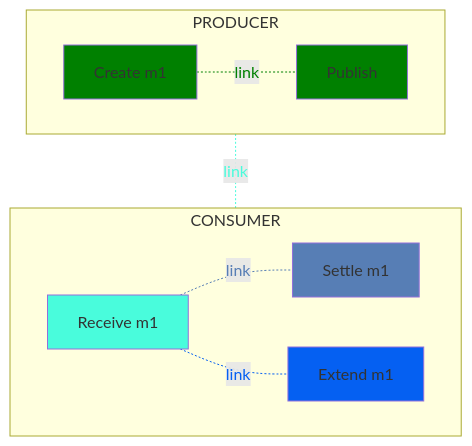
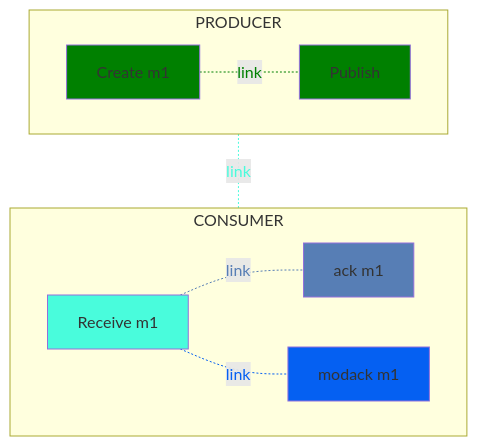
One commit to open-telemetry/semantic-conventions changed the second of 2 diagrams in docs/messaging/gcp-pubsub.md. Above: the diagram before and after it, drawn with Mermaid. The commit also changed other lines of this file, not shown here.

Commit message:
s/extend/modack and s/settle/ack"

````diff
--- a/docs/messaging/gcp-pubsub.md
+++ b/docs/messaging/gcp-pubsub.md
@@ -81,41 +81,41 @@
 ```mermaid
 flowchart TD;
   subgraph CONSUMER
   direction LR
   R1[Receive m1]
-  SM1[Settle m1]
-  EM1[Extend m1]
+  SM1[ack m1]
+  EM1[modack m1]
   end
   subgraph PRODUCER
   direction LR
   CM1[Create m1]
   PM1[Publish]
   end
   %% Link 0
   CM1-. link .-PM1;
   %% Link 1
   CM1-. link .-R1;
   %% Link 2
   R1-. link .-SM1;
   %% Link 3
   R1-. link .-EM1;
 
   %% Style the node and corresponding link
   %% Producer links and nodes
   classDef producer fill:green
   class PM1,CM1 producer
   linkStyle 0 color:green,stroke:green
 
   %% Consumer links and nodes
   classDef consumer fill:#49fcdc
   class R1 consumer
   linkStyle 1 color:#49fcdc,stroke:#49fcdc
 
   classDef ack fill:#577eb5
   class SM1 ack
   linkStyle 2 color:#577eb5,stroke:#577eb5
 
-  classDef extend fill:#0560f2
-  class EM1 extend
+  classDef modack fill:#0560f2
+  class EM1 modack
   linkStyle 3 color:#0560f2,stroke:#0560f2
 ```
````
